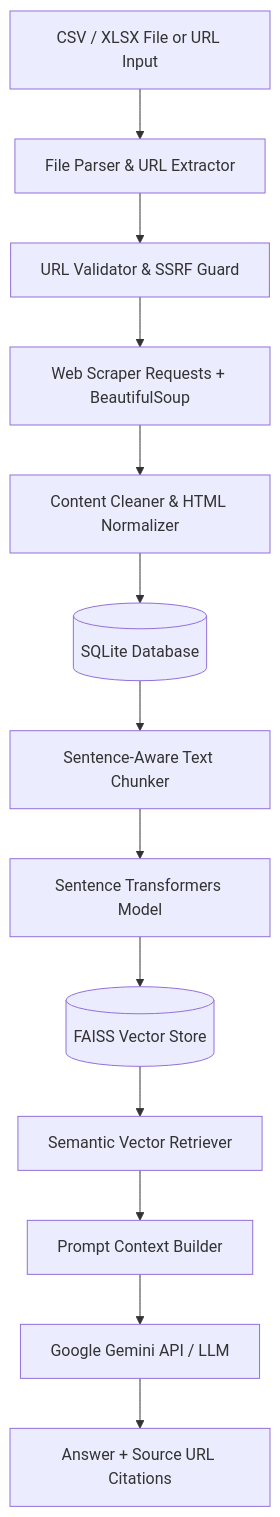
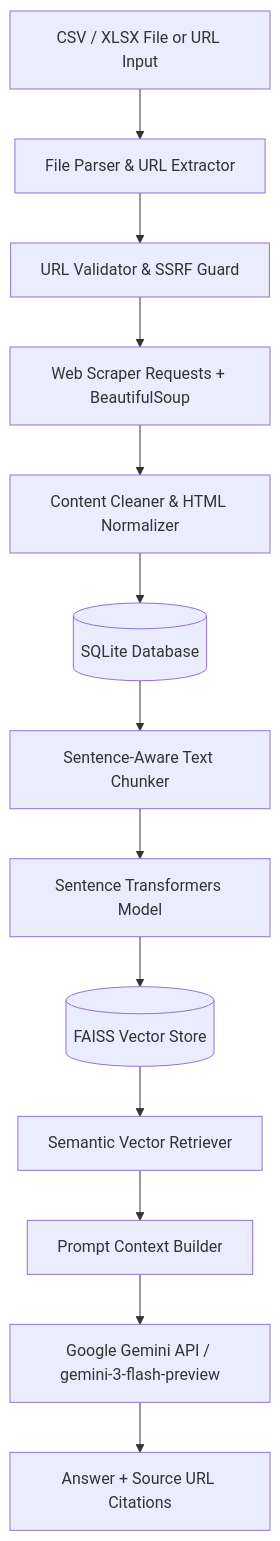
Before and after one commit to Durai-Kannan/Knowledge-Base: the diagram in README.md, drawn with Mermaid. The commit also changed other lines of this file, not shown here.

Commit message:
docs: update LLM model reference to gemini-3-flash-preview in README

````diff
--- a/README.md
+++ b/README.md
@@ -9,15 +9,15 @@
 ```mermaid
 flowchart TD
     CSV[CSV / XLSX File or URL Input] --> Parser[File Parser & URL Extractor]
     Parser --> Validator[URL Validator & SSRF Guard]
     Validator --> Scraper[Web Scraper Requests + BeautifulSoup]
     Scraper --> Cleaner[Content Cleaner & HTML Normalizer]
     Cleaner --> DB[(SQLite Database)]
     DB --> Chunker[Sentence-Aware Text Chunker]
     Chunker --> Embedder[Sentence Transformers Model]
     Embedder --> FAISS[(FAISS Vector Store)]
     FAISS --> Retriever[Semantic Vector Retriever]
     Retriever --> Prompt[Prompt Context Builder]
-    Prompt --> LLM[Google Gemini API / LLM]
+    Prompt --> LLM[Google Gemini API / gemini-3-flash-preview]
     LLM --> Response[Answer + Source URL Citations]
 ```
````
